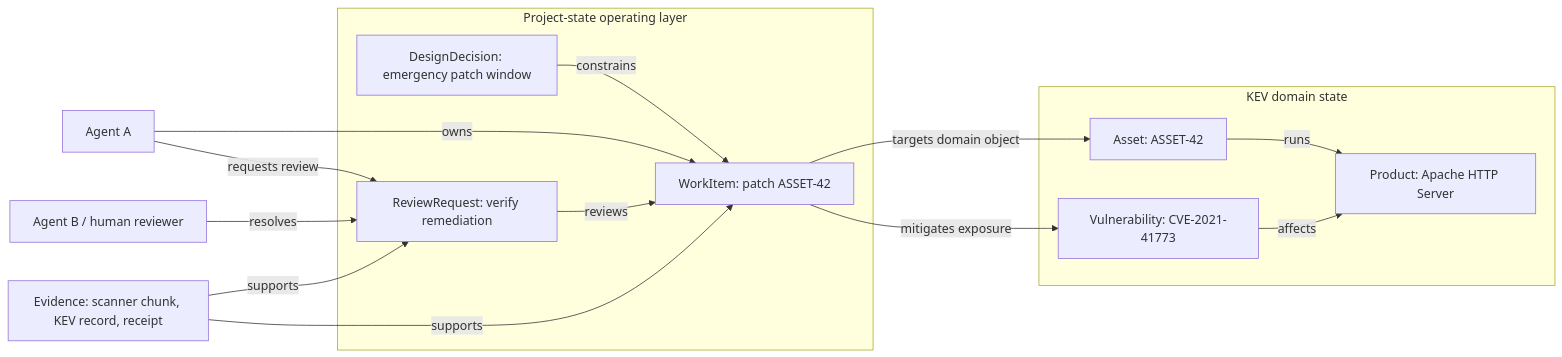
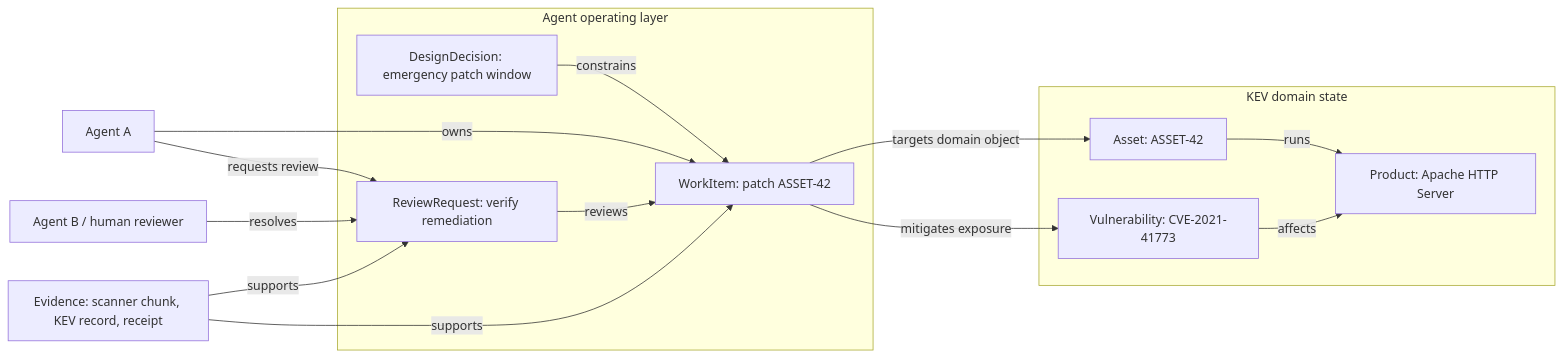
One commit to cruxible-ai/cruxible changed the diagram in README.md. Above: the diagram before and after it, drawn with Mermaid. The commit also changed other lines of this file, not shown here.

Commit message:
Scrub stale project-state labels from README example
Round 3 of wi-delete-legacy-project-state-kit (codex round 2): the KEV
example's section header and Mermaid subgraph still labeled the operating
layer 'project-state'; renamed to the agent operating layer to match the
canonical kit. Docs-only.

````diff
--- a/README.md
+++ b/README.md
@@ -109,30 +109,30 @@
 ```mermaid
 flowchart LR
   subgraph KEV["KEV domain state"]
     Asset["Asset: ASSET-42"]
     Product["Product: Apache HTTP Server"]
     CVE["Vulnerability: CVE-2021-41773"]
   end
 
-  subgraph Project["Project-state operating layer"]
+  subgraph Ops["Agent operating layer"]
     Work["WorkItem: patch ASSET-42"]
     Review["ReviewRequest: verify remediation"]
     Decision["DesignDecision: emergency patch window"]
   end
 
   AgentA["Agent A"]
   AgentB["Agent B / human reviewer"]
   Evidence["Evidence: scanner chunk, KEV record, receipt"]
 
   Asset -- "runs" --> Product
   CVE -- "affects" --> Product
   Work -- "targets domain object" --> Asset
   Work -- "mitigates exposure" --> CVE
   Decision -- "constrains" --> Work
   AgentA -- "owns" --> Work
   AgentA -- "requests review" --> Review
   Review -- "reviews" --> Work
   AgentB -- "resolves" --> Review
   Evidence -- "supports" --> Work
   Evidence -- "supports" --> Review
 ```
````
